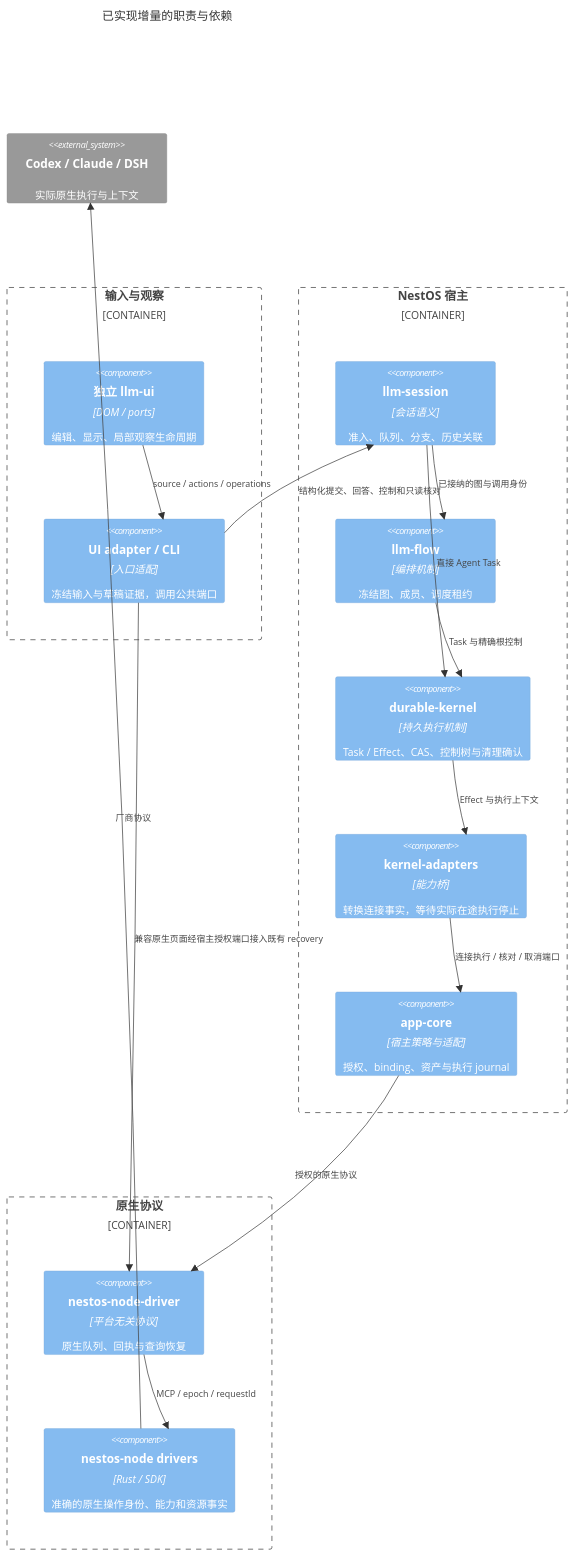
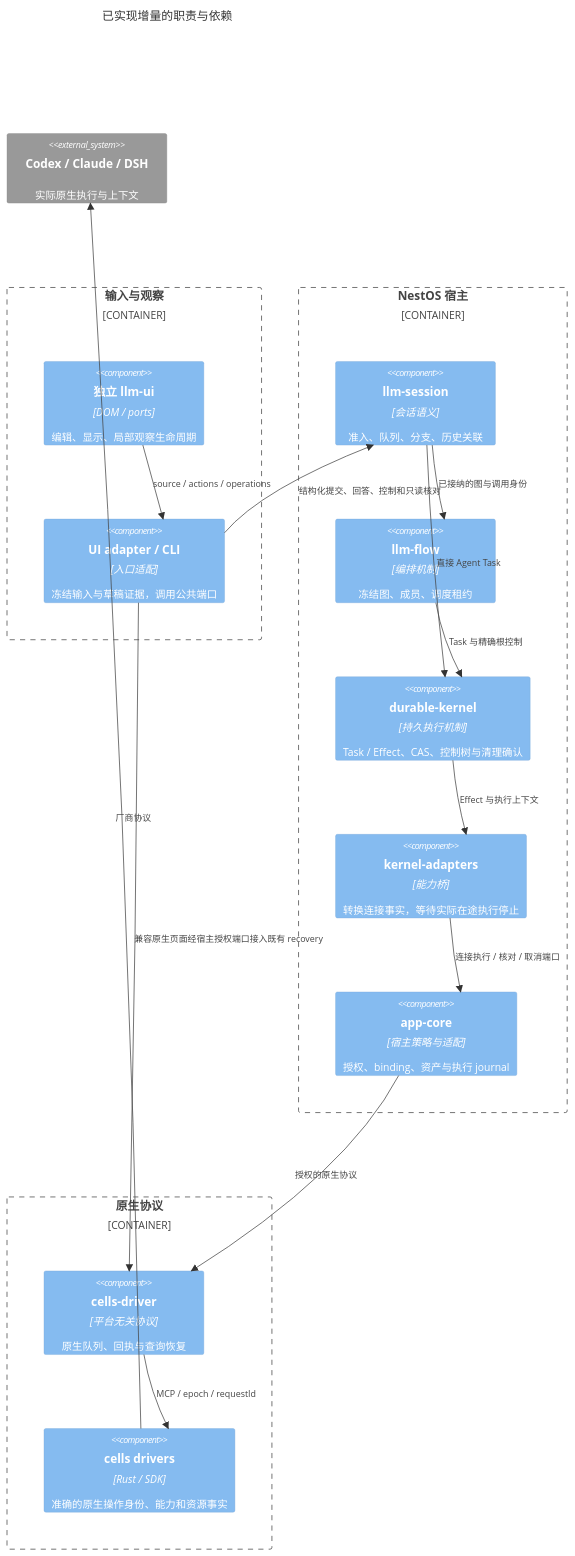
One commit to mushuanli/NestOS changed the eighth of 9 diagrams in doc/design/agent-session-connection-review.md. Above: the diagram before and after it, drawn with Mermaid. The commit also changed other lines of this file and 173 other files, not shown here.

Commit message:
refactor(cells)!: migrate node and driver identities across NestOS

````diff
--- a/doc/design/agent-session-connection-review.md
+++ b/doc/design/agent-session-connection-review.md
@@ -1047,31 +1047,31 @@
 ```mermaid
 C4Component
     title 已实现增量的职责与依赖
     Container_Boundary(front, "输入与观察") {
         Component(ui, "独立 llm-ui", "DOM / ports", "编辑、显示、局部观察生命周期")
         Component(entry, "UI adapter / CLI", "入口适配", "冻结输入与草稿证据，调用公共端口")
     }
     Container_Boundary(host, "NestOS 宿主") {
         Component(session, "llm-session", "会话语义", "准入、队列、分支、历史关联")
         Component(flow, "llm-flow", "编排机制", "冻结图、成员、调度租约")
         Component(kernel, "durable-kernel", "持久执行机制", "Task / Effect、CAS、控制树与清理确认")
         Component(bridge, "kernel-adapters", "能力桥", "转换连接事实，等待实际在途执行停止")
         Component(policy, "app-core", "宿主策略与适配", "授权、binding、资产与执行 journal")
     }
     Container_Boundary(remote, "原生协议") {
-        Component(client, "nestos-node-driver", "平台无关协议", "原生队列、回执与查询恢复")
-        Component(node, "nestos-node drivers", "Rust / SDK", "准确的原生操作身份、能力和资源事实")
+        Component(client, "cells-driver", "平台无关协议", "原生队列、回执与查询恢复")
+        Component(node, "cells drivers", "Rust / SDK", "准确的原生操作身份、能力和资源事实")
     }
     System_Ext(native, "Codex / Claude / DSH", "实际原生执行与上下文")
     Rel(ui, entry, "source / actions / operations")
     Rel(entry, session, "结构化提交、回答、控制和只读核对")
     Rel(session, flow, "已接纳的图与调用身份")
     Rel(session, kernel, "直接 Agent Task")
     Rel(flow, kernel, "Task 与精确根控制")
     Rel(kernel, bridge, "Effect 与执行上下文")
     Rel(bridge, policy, "连接执行 / 核对 / 取消端口")
     Rel(policy, client, "授权的原生协议")
     Rel(client, node, "MCP / epoch / requestId")
     Rel(node, native, "厂商协议")
     Rel(entry, client, "兼容原生页面经宿主授权端口接入既有 recovery")
 ```
````
